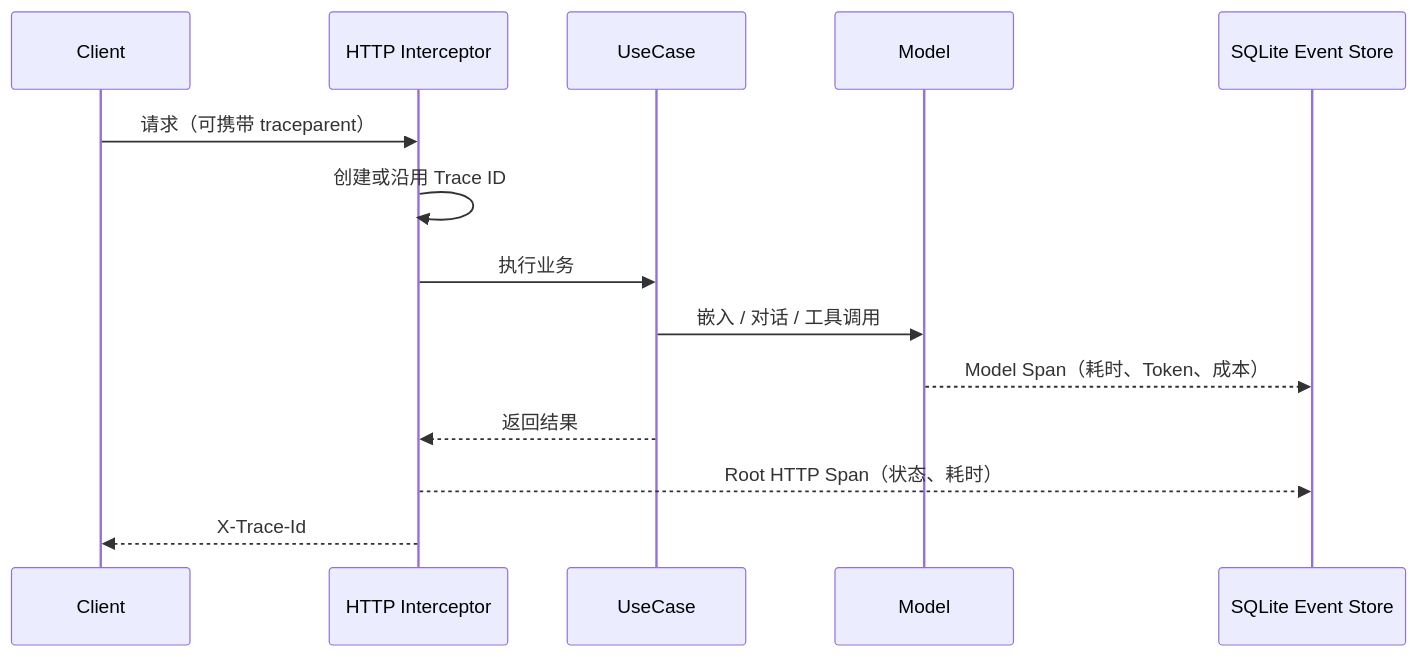
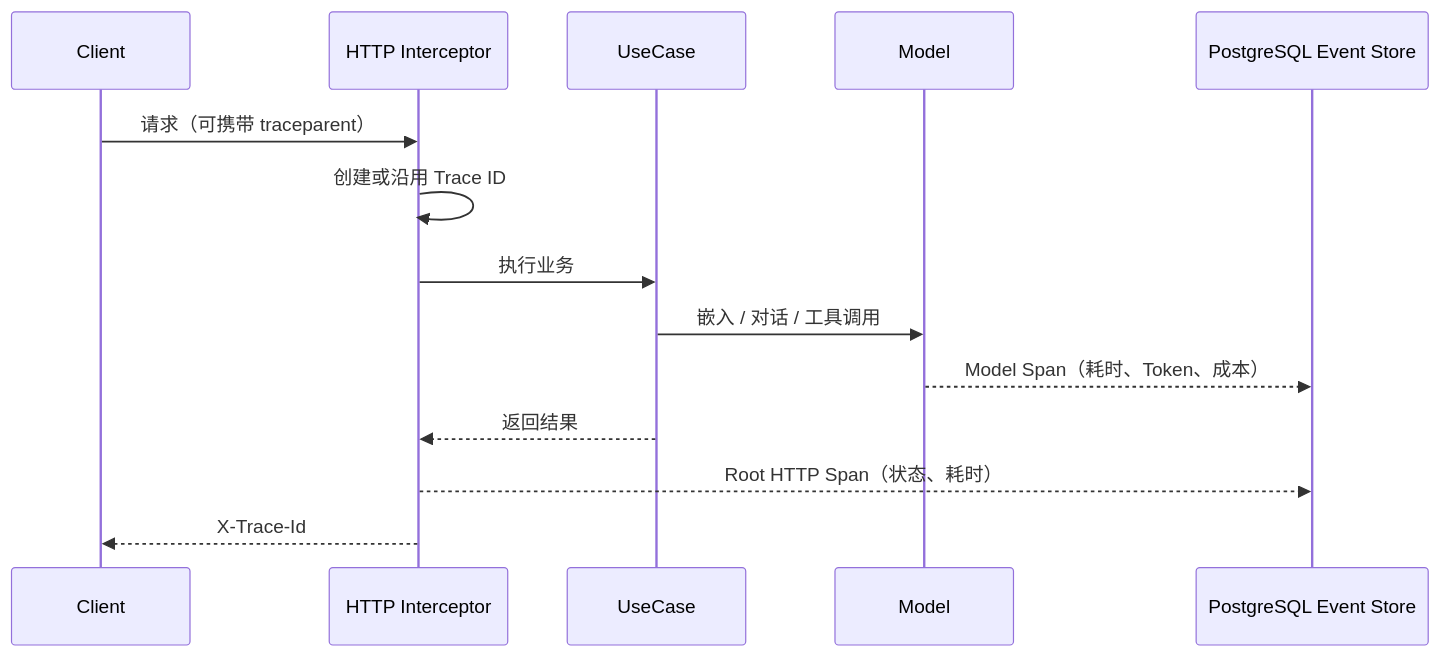
Before and after one commit to yiting001/agent: the second of 2 diagrams in docs/modules/observability.md, drawn with Mermaid. The commit also changed other lines of this file and 97 other files, not shown here.

````diff
--- a/docs/modules/observability.md
+++ b/docs/modules/observability.md
@@ -92,17 +92,17 @@
 ```mermaid
 sequenceDiagram
   participant Client
   participant HTTP as HTTP Interceptor
   participant UseCase
   participant Model
-  participant Store as SQLite Event Store
+  participant Store as PostgreSQL Event Store
 
   Client->>HTTP: 请求（可携带 traceparent）
   HTTP->>HTTP: 创建或沿用 Trace ID
   HTTP->>UseCase: 执行业务
   UseCase->>Model: 嵌入 / 对话 / 工具调用
   Model-->>Store: Model Span（耗时、Token、成本）
   UseCase-->>HTTP: 返回结果
   HTTP-->>Store: Root HTTP Span（状态、耗时）
   HTTP-->>Client: X-Trace-Id
 ```
````
